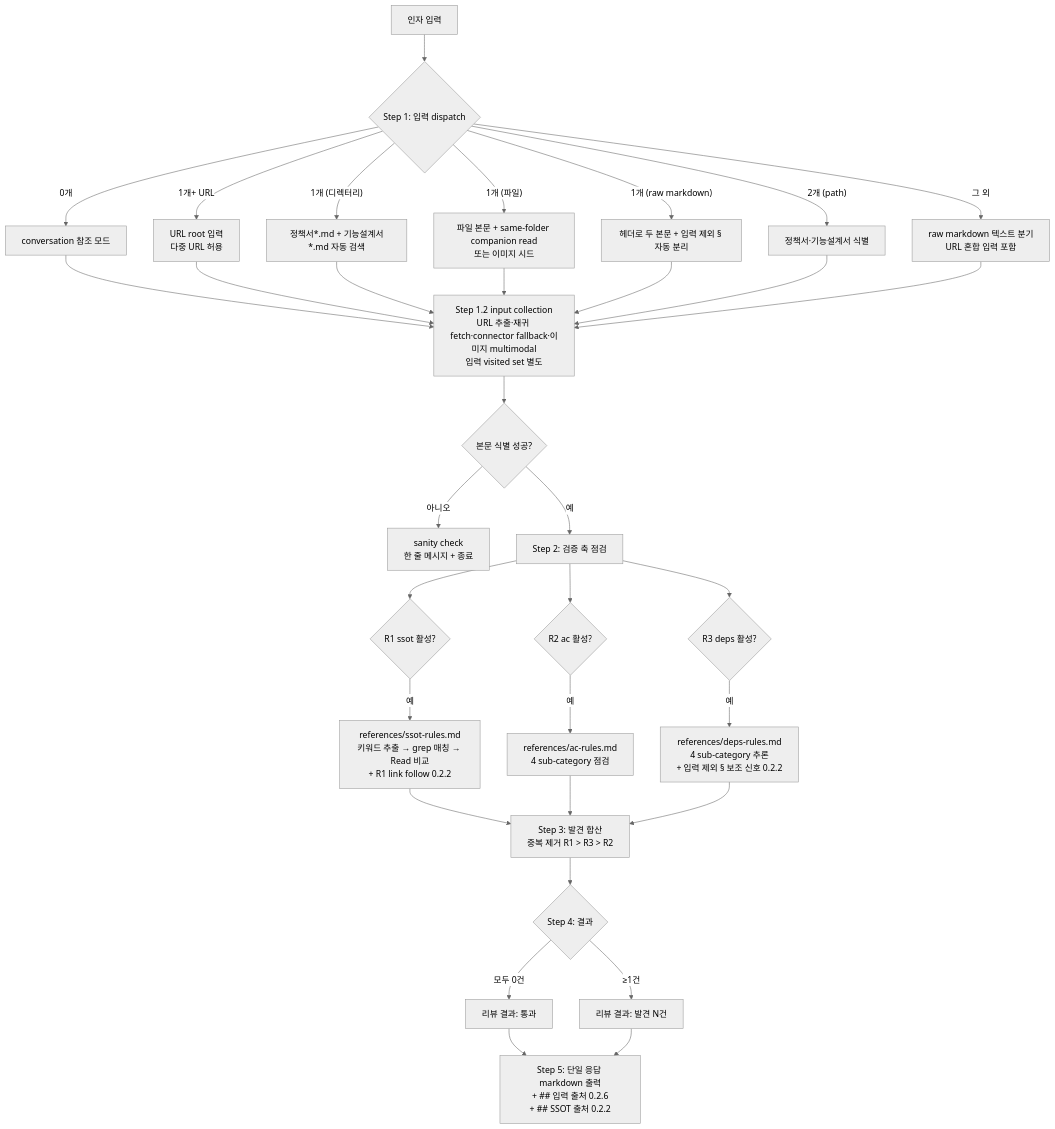
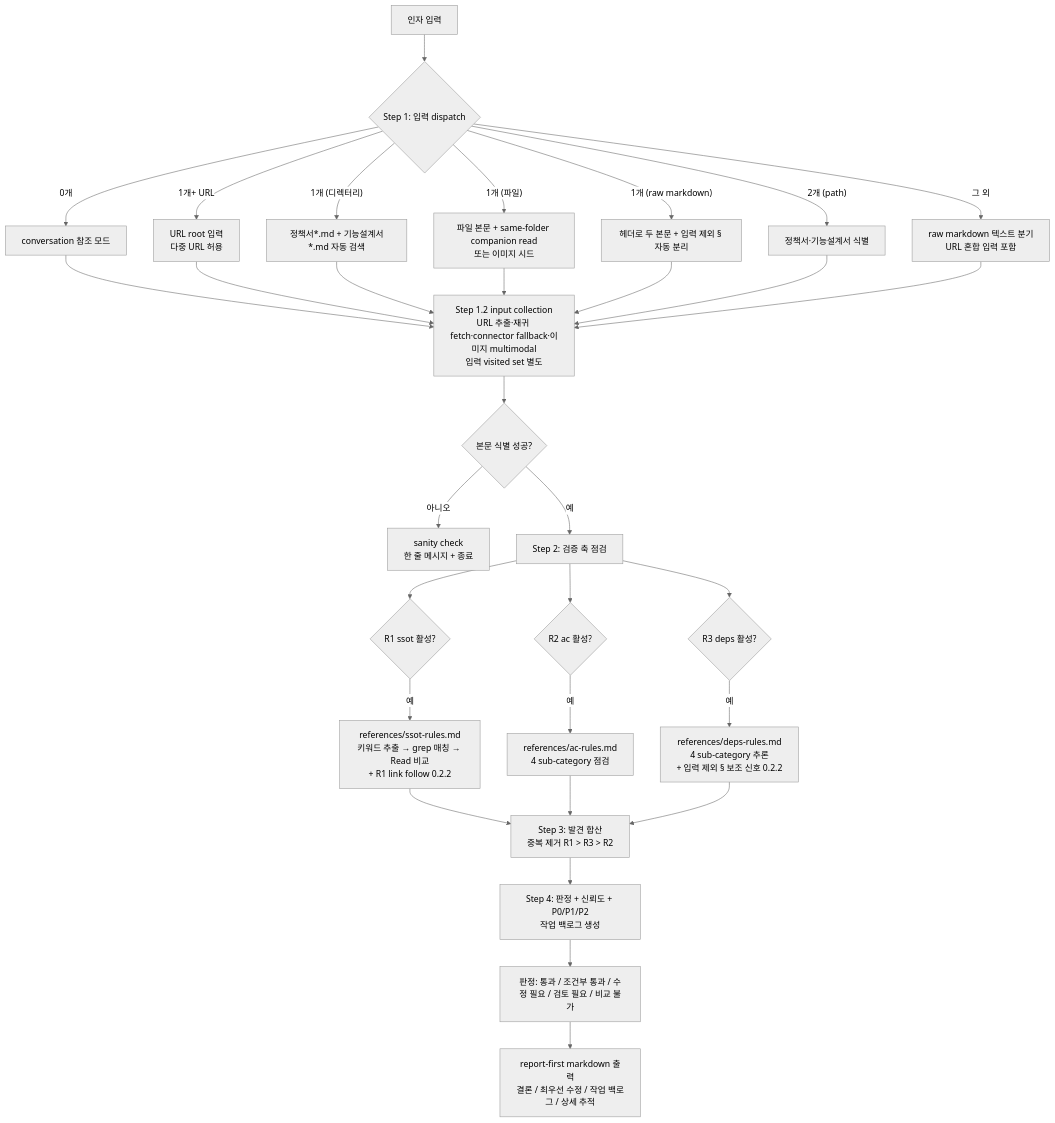
Before and after one commit to inkwonjung-colosseum/plugins: the first of 8 diagrams in planning-kit/docs/planning-review-workflow.md, drawn with Mermaid (neutral theme). The commit also changed other lines of this file and 24 other files, not shown here.

````diff
--- a/planning-kit/docs/planning-review-workflow.md
+++ b/planning-kit/docs/planning-review-workflow.md
@@ -9,41 +9,39 @@
 ```mermaid
 flowchart TD
   A[인자 입력] --> B{Step 1: 입력 dispatch}
   B -->|0개| BC[conversation 참조 모드]
   B -->|"1개+ URL"| BU[URL root 입력<br/>다중 URL 허용]
   B -->|"1개 (디렉터리)"| B1[정책서*.md + 기능설계서*.md 자동 검색]
   B -->|"1개 (파일)"| B2[파일 본문 + same-folder companion read<br/>또는 이미지 시드]
   B -->|"1개 (raw markdown)"| B3[헤더로 두 본문 + 입력 제외 § 자동 분리]
   B -->|"2개 (path)"| B4[정책서·기능설계서 식별]
   B -->|"그 외"| B5[raw markdown 텍스트 분기<br/>URL 혼합 입력 포함]
 
   BC --> IC[Step 1.2 input collection<br/>URL 추출·재귀 fetch·connector fallback·이미지 multimodal<br/>입력 visited set 별도]
   BU --> IC
   B1 --> IC
   B2 --> IC
   B3 --> IC
   B4 --> IC
   B5 --> IC
   IC --> C{본문 식별 성공?}
   C -->|아니오| CX[sanity check<br/>한 줄 메시지 + 종료]
   C -->|예| D[Step 2: 검증 축 점검]
 
   D --> R1{R1 ssot 활성?}
   D --> R2{R2 ac 활성?}
   D --> R3{R3 deps 활성?}
 
   R1 -->|예| RR1[references/ssot-rules.md<br/>키워드 추출 → grep 매칭 → Read 비교<br/>+ R1 link follow 0.2.2]
   R2 -->|예| RR2[references/ac-rules.md<br/>4 sub-category 점검]
   R3 -->|예| RR3[references/deps-rules.md<br/>4 sub-category 추론<br/>+ 입력 제외 § 보조 신호 0.2.2]
 
   RR1 --> M[Step 3: 발견 합산<br/>중복 제거 R1 > R3 > R2]
   RR2 --> M
   RR3 --> M
 
-  M --> N{Step 4: 결과}
-  N -->|모두 0건| PASS[리뷰 결과: 통과]
-  N -->|≥1건| FOUND[리뷰 결과: 발견 N건]
+  M --> N["Step 4: 판정 + 신뢰도 + P0/P1/P2<br/>작업 백로그 생성"]
+  N --> PASS["판정: 통과 / 조건부 통과 / 수정 필요 / 검토 필요 / 비교 불가"]
 
-  PASS --> OUT[Step 5: 단일 응답 markdown 출력<br/>+ ## 입력 출처 0.2.6<br/>+ ## SSOT 출처 0.2.2]
-  FOUND --> OUT
+  PASS --> OUT["report-first markdown 출력<br/>결론 / 최우선 수정 / 작업 백로그 / 상세 추적"]
 ```
````
